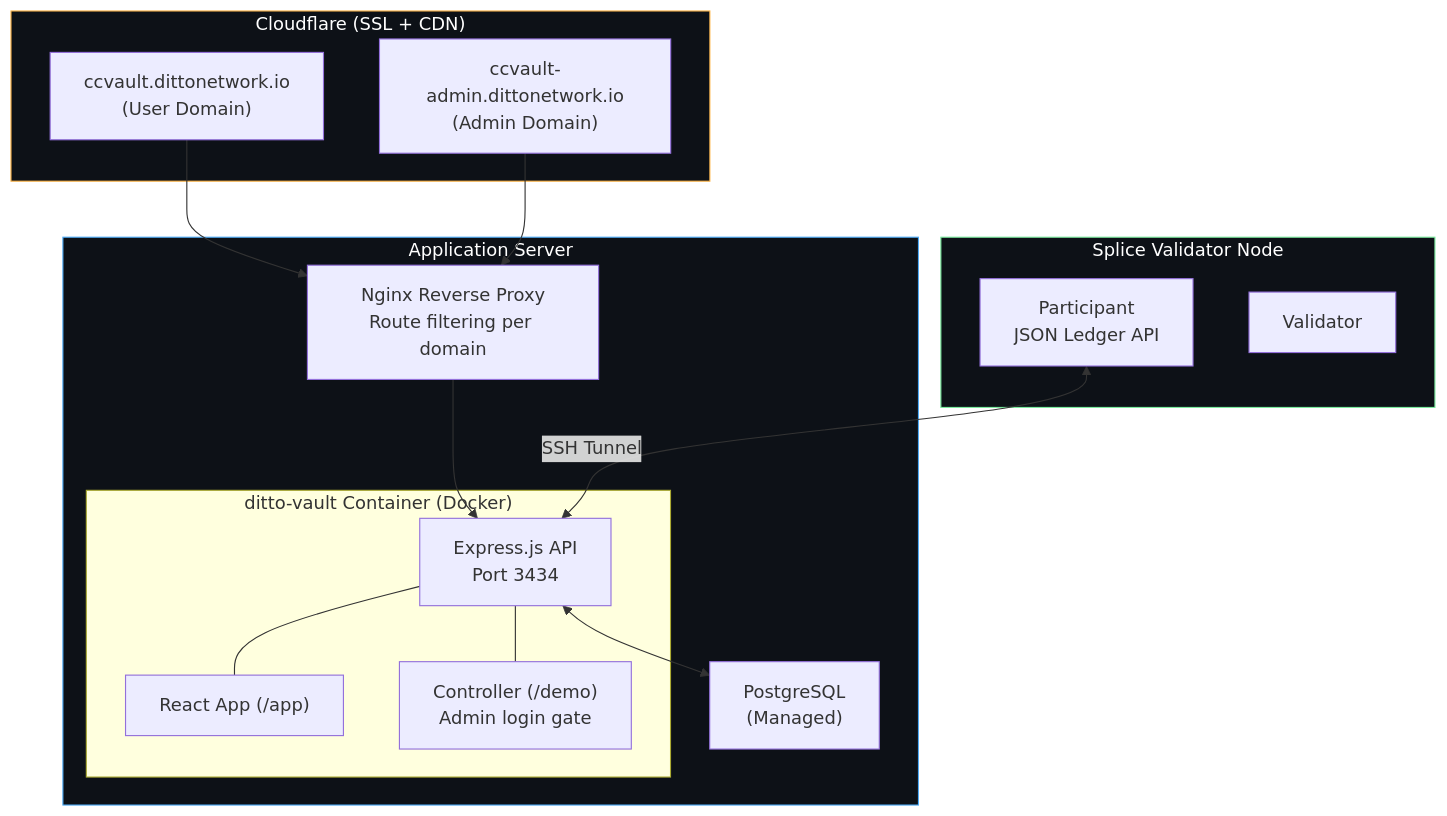
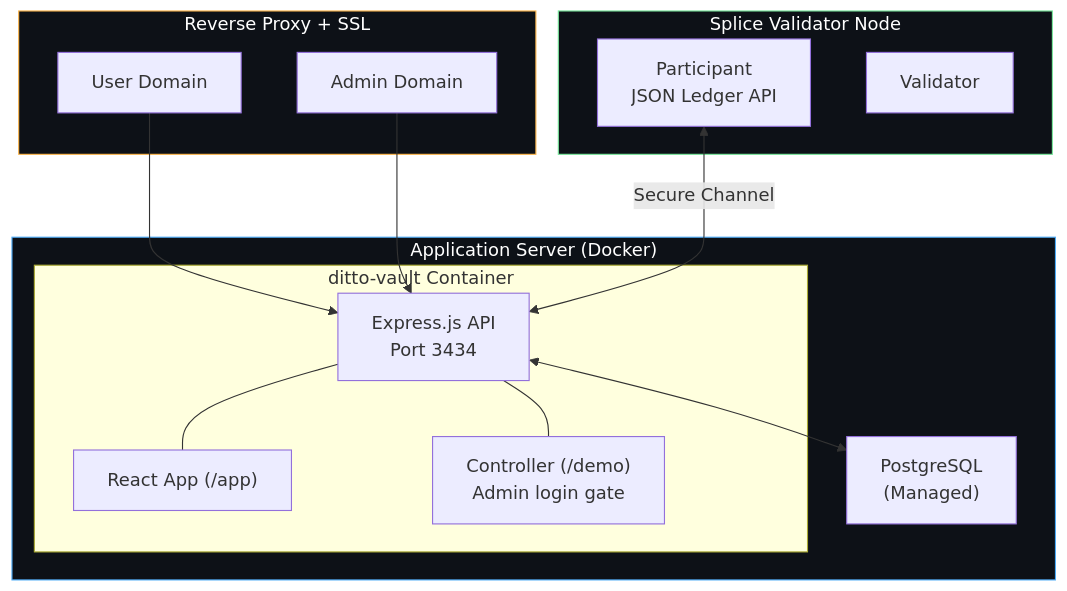
Before and after one commit to dittonetwork/ditto-ccvault: the ninth of 9 diagrams in ARCHITECTURE.md, drawn with Mermaid. The commit also changed other lines of this file and 1 other file, not shown here.

Commit message:
docs: remove infrastructure specifics from public documentation
Strip Nginx, Cloudflare, and domain name details from README and
ARCHITECTURE. Keep security posture descriptions (endpoint protection,
login gate, network isolation) without revealing implementation topology.

Made-with: Cursor

````diff
--- a/ARCHITECTURE.md
+++ b/ARCHITECTURE.md
@@ -613,35 +613,32 @@
 ```mermaid
 flowchart TB
-    subgraph CF["Cloudflare (SSL + CDN)"]
-        UD["ccvault.dittonetwork.io\n(User Domain)"]
-        AD["ccvault-admin.dittonetwork.io\n(Admin Domain)"]
+    subgraph Edge["Reverse Proxy + SSL"]
+        UD["User Domain"]
+        AD["Admin Domain"]
     end
 
-    subgraph AppServer["Application Server"]
-        NGX["Nginx Reverse Proxy\nRoute filtering per domain"]
-
-        subgraph Container["ditto-vault Container (Docker)"]
+    subgraph AppServer["Application Server (Docker)"]
+        subgraph Container["ditto-vault Container"]
             API["Express.js API\nPort 3434"]
             REACT["React App (/app)"]
             DEMO["Controller (/demo)\nAdmin login gate"]
         end
         PG["PostgreSQL\n(Managed)"]
     end
 
     subgraph Validator["Splice Validator Node"]
         P["Participant\nJSON Ledger API"]
         V["Validator"]
     end
 
-    UD --> NGX
-    AD --> NGX
-    NGX --> API
+    UD --> API
+    AD --> API
     API <--> PG
     API --- REACT
     API --- DEMO
-    P <-->|"SSH Tunnel"| API
+    P <-->|"Secure Channel"| API
 
-    style CF fill:#0d1117,stroke:#ffb84d,color:#fff
+    style Edge fill:#0d1117,stroke:#ffb84d,color:#fff
     style Validator fill:#0d1117,stroke:#7ae99d,color:#fff
     style AppServer fill:#0d1117,stroke:#4dabf7,color:#fff
 ```
````
